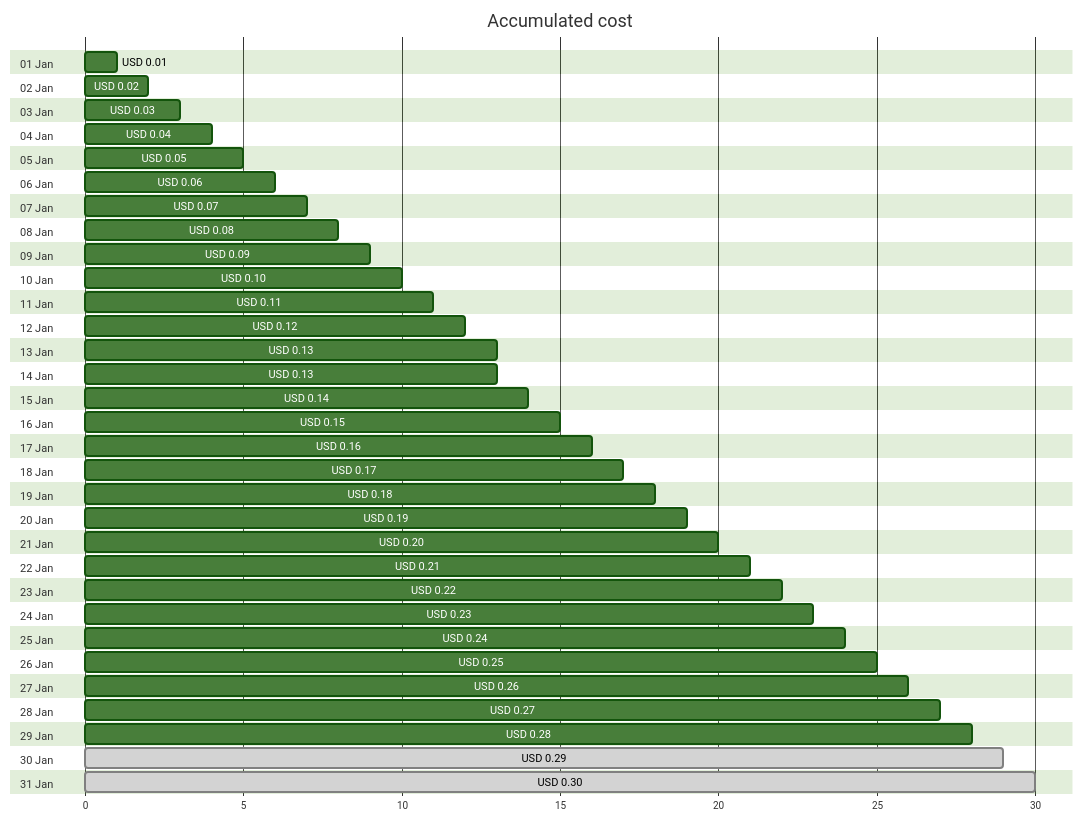
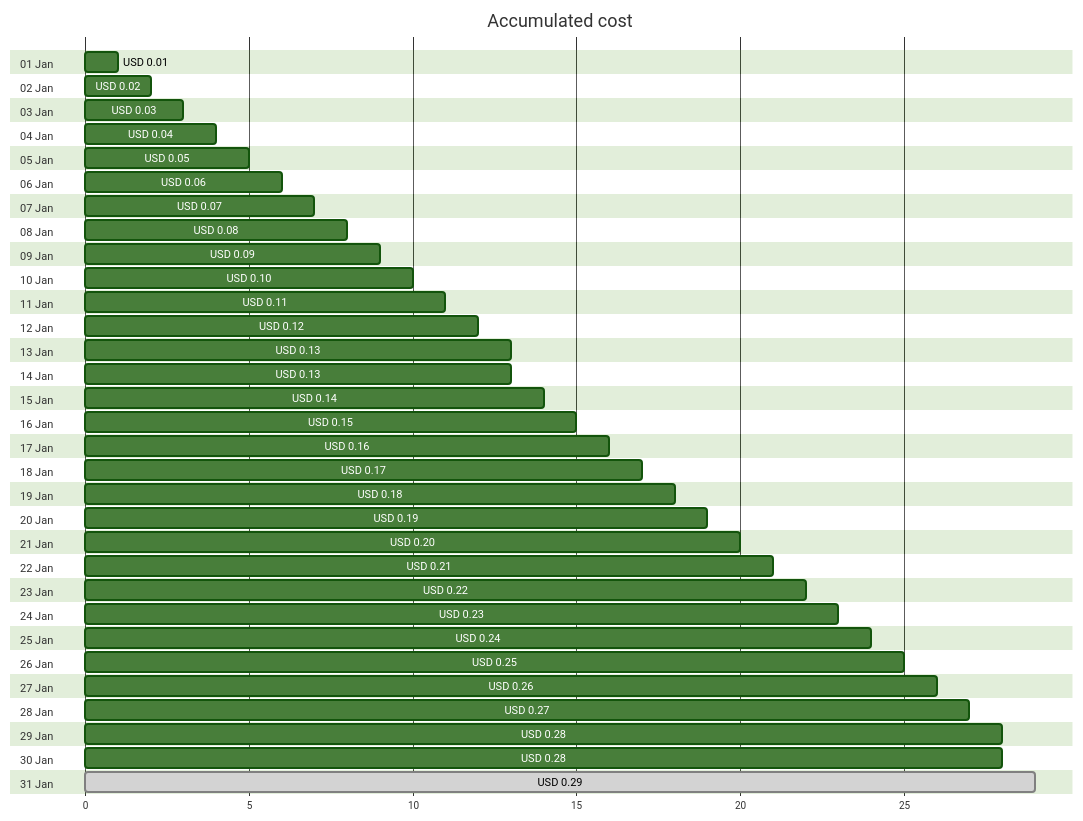
Before and after one commit to jpfulton/azure-personal-reports: the first of 4 diagrams in cost-reports/cloud-shell-storage-eastus/README.md, drawn with Mermaid (forest theme). The commit also changed other lines of this file and 1 other file, not shown here.

````diff
--- a/cost-reports/cloud-shell-storage-eastus/README.md
+++ b/cost-reports/cloud-shell-storage-eastus/README.md
@@ -20,68 +20,68 @@
 ```mermaid
 gantt
    title Accumulated cost
    dateFormat  X
    axisFormat %s
    section 01 Jan
    USD 0.01 :0, 1
    section 02 Jan
    USD 0.02 :0, 2
    section 03 Jan
    USD 0.03 :0, 3
    section 04 Jan
    USD 0.04 :0, 4
    section 05 Jan
    USD 0.05 :0, 5
    section 06 Jan
    USD 0.06 :0, 6
    section 07 Jan
    USD 0.07 :0, 7
    section 08 Jan
    USD 0.08 :0, 8
    section 09 Jan
    USD 0.09 :0, 9
    section 10 Jan
    USD 0.10 :0, 10
    section 11 Jan
    USD 0.11 :0, 11
    section 12 Jan
    USD 0.12 :0, 12
    section 13 Jan
    USD 0.13 :0, 13
    section 14 Jan
    USD 0.13 :0, 13
    section 15 Jan
    USD 0.14 :0, 14
    section 16 Jan
    USD 0.15 :0, 15
    section 17 Jan
    USD 0.16 :0, 16
    section 18 Jan
    USD 0.17 :0, 17
    section 19 Jan
    USD 0.18 :0, 18
    section 20 Jan
    USD 0.19 :0, 19
    section 21 Jan
    USD 0.20 :0, 20
    section 22 Jan
    USD 0.21 :0, 21
    section 23 Jan
    USD 0.22 :0, 22
    section 24 Jan
    USD 0.23 :0, 23
    section 25 Jan
    USD 0.24 :0, 24
    section 26 Jan
    USD 0.25 :0, 25
    section 27 Jan
    USD 0.26 :0, 26
    section 28 Jan
    USD 0.27 :0, 27
    section 29 Jan
    USD 0.28 :0, 28
    section 30 Jan
+   USD 0.28 :0, 28
+   section 31 Jan
    USD 0.29 : done, 0, 29
-   section 31 Jan
-   USD 0.30 : done, 0, 30
 ```
````
